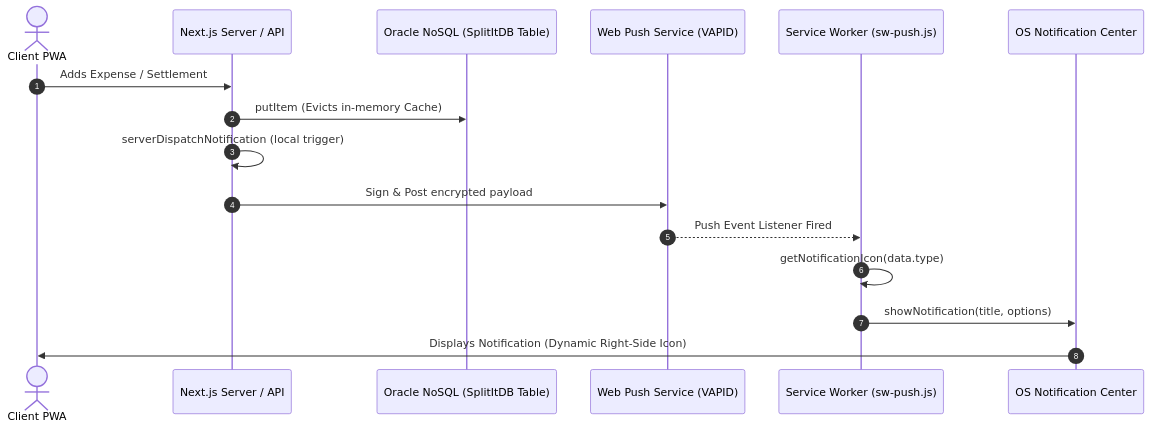
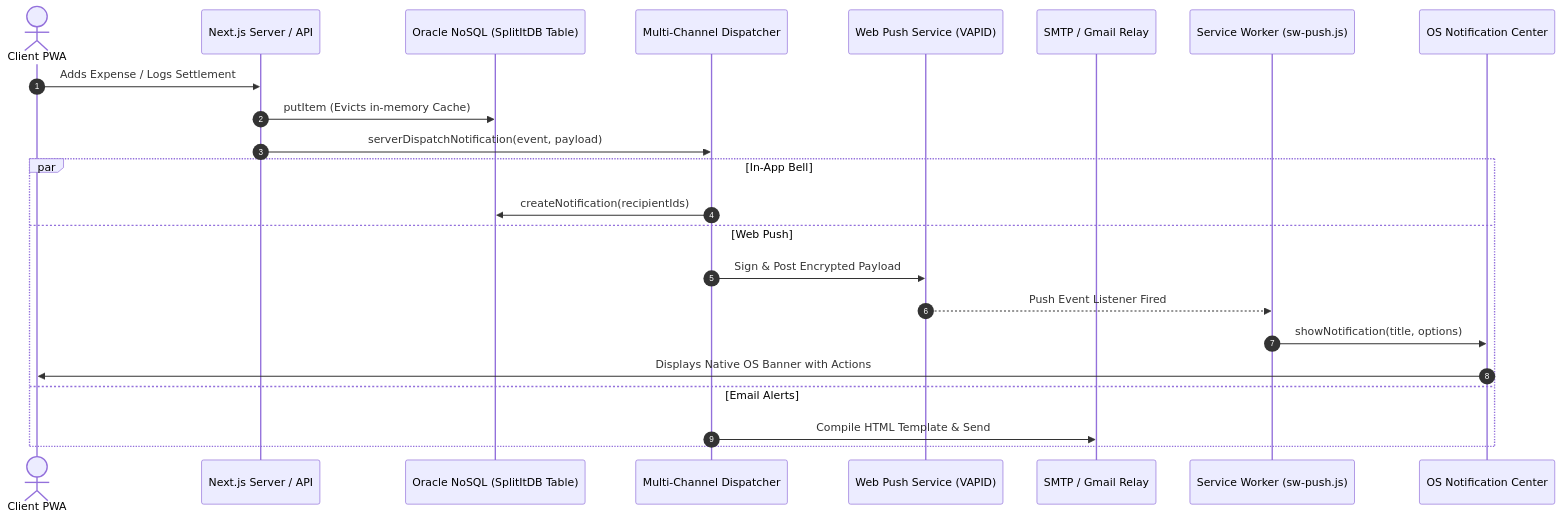
Before and after one commit to Yashraj-Jangra/SplitWise-Clone: the first of 2 diagrams in README.md, drawn with Mermaid. The commit also changed other lines of this file and 1 other file, not shown here.

Commit message:
📝 add env example template and update readme with latest architecture and guides

````diff
--- a/README.md
+++ b/README.md
@@ -25,19 +25,27 @@
 ```mermaid
 sequenceDiagram
     autonumber
     actor User as Client PWA
     participant Next as Next.js Server / API
     participant DB as Oracle NoSQL (SplitItDB Table)
+    participant Dispatch as Multi-Channel Dispatcher
     participant VAPID as Web Push Service (VAPID)
+    participant SMTP as SMTP / Gmail Relay
     participant SW as Service Worker (sw-push.js)
     participant OS as OS Notification Center
 
-    User->>Next: Adds Expense / Settlement
+    User->>Next: Adds Expense / Logs Settlement
     Next->>DB: putItem (Evicts in-memory Cache)
-    Next->>Next: serverDispatchNotification (local trigger)
-    Next->>VAPID: Sign & Post encrypted payload
-    VAPID-->>SW: Push Event Listener Fired
-    SW->>SW: getNotificationIcon(data.type)
-    SW->>OS: showNotification(title, options)
-    OS->>User: Displays Notification (Dynamic Right-Side Icon)
+    Next->>Dispatch: serverDispatchNotification(event, payload)
+    
+    par In-App Bell
+        Dispatch->>DB: createNotification(recipientIds)
+    and Web Push
+        Dispatch->>VAPID: Sign & Post Encrypted Payload
+        VAPID-->>SW: Push Event Listener Fired
+        SW->>OS: showNotification(title, options)
+        OS->>User: Displays Native OS Banner with Actions
+    and Email Alerts
+        Dispatch->>SMTP: Compile HTML Template & Send
+    end
 ```
````
